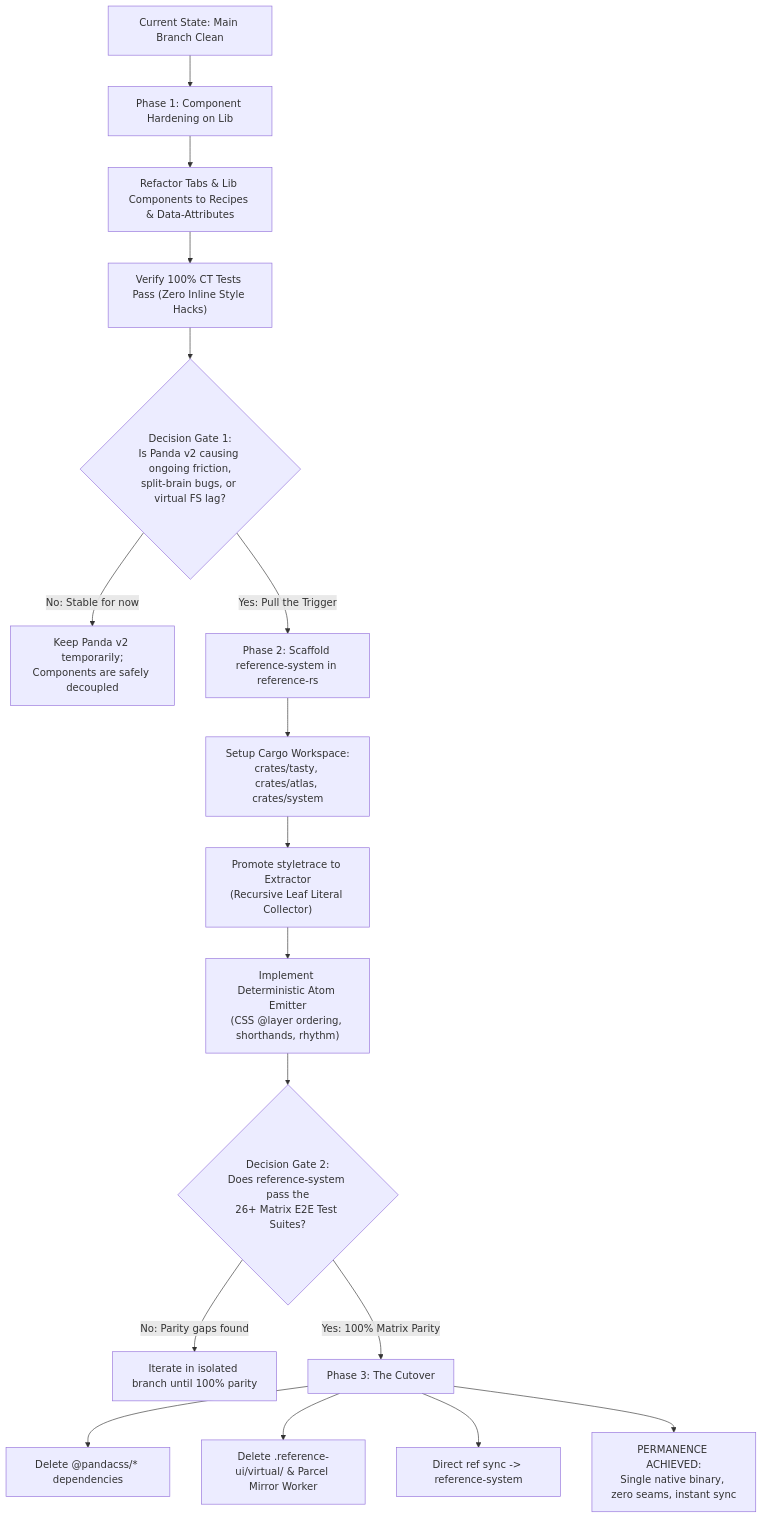
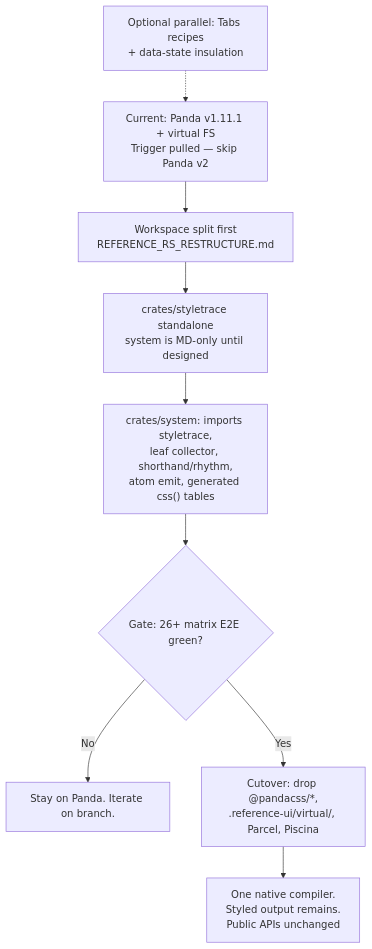
Before and after one commit to reference-ui/reference-ui: the diagram in REFERENCE_SYSTEM.md, drawn with Mermaid. The commit also changed other lines of this file and 32 other files, not shown here.

First line of the commit message:
refactor(reference-rs): rename and relocate system crate to styletrace

````diff
--- a/REFERENCE_SYSTEM.md
+++ b/REFERENCE_SYSTEM.md
@@ -296,26 +314,16 @@
 ```mermaid
 graph TD
-    Start["Current State: Main Branch Clean"] --> Phase1["Phase 1: Component Hardening on Lib"]
+    Start["Current: Panda v1.11.1 + virtual FS<br/>Trigger pulled — skip Panda v2"] --> Split["Workspace split first<br/>REFERENCE_RS_RESTRUCTURE.md"]
     
-    Phase1 --> Step1A["Refactor Tabs & Lib Components to Recipes & Data-Attributes"]
-    Step1A --> Step1B["Verify 100% CT Tests Pass (Zero Inline Style Hacks)"]
+    Split --> Door["crates/styletrace standalone<br/>system is MD-only until designed"]
+    Door --> Engine["crates/system: imports styletrace,<br/>leaf collector, shorthand/rhythm,<br/>atom emit, generated css() tables"]
     
-    Step1B --> Gate1{"Decision Gate 1:<br/>Is Panda v2 causing ongoing friction,<br/>split-brain bugs, or virtual FS lag?"}
+    Engine --> Gate2{"Gate: 26+ matrix E2E green?"}
     
-    Gate1 -- "No: Stable for now" --> Hold["Keep Panda v2 temporarily;<br/>Components are safely decoupled"]
-    Gate1 -- "Yes: Pull the Trigger" --> Phase2["Phase 2: Scaffold reference-system in reference-rs"]
+    Gate2 -- "No" --> Iterate["Stay on Panda. Iterate on branch."]
+    Gate2 -- "Yes" --> Cutover["Cutover: drop @pandacss/*,<br/>.reference-ui/virtual/, Parcel, Piscina"]
     
-    Phase2 --> Step2A["Setup Cargo Workspace:<br/>crates/tasty, crates/atlas, crates/system"]
-    Step2A --> Step2B["Promote styletrace to Extractor<br/>(Recursive Leaf Literal Collector)"]
-    Step2B --> Step2C["Implement Deterministic Atom Emitter<br/>(CSS @layer ordering, shorthands, rhythm)"]
+    Cutover --> Complete["One native compiler.<br/>Styled output remains.<br/>Public APIs unchanged"]
     
-    Step2C --> Gate2{"Decision Gate 2:<br/>Does reference-system pass the<br/>26+ Matrix E2E Test Suites?"}
-    
-    Gate2 -- "No: Parity gaps found" --> Iterate["Iterate in isolated branch until 100% parity"]
-    Gate2 -- "Yes: 100% Matrix Parity" --> Phase3["Phase 3: The Cutover"]
-    
-    Phase3 --> Step3A["Delete @pandacss/* dependencies"]
-    Phase3 --> Step3B["Delete .reference-ui/virtual/ & Parcel Mirror Worker"]
-    Phase3 --> Step3C["Direct ref sync -> reference-system"]
-    Phase3 --> Complete["PERMANENCE ACHIEVED:<br/>Single native binary, zero seams, instant sync"]
+    Lib["Optional parallel: Tabs recipes<br/>+ data-state insulation"] -.-> Start
 ```
````
